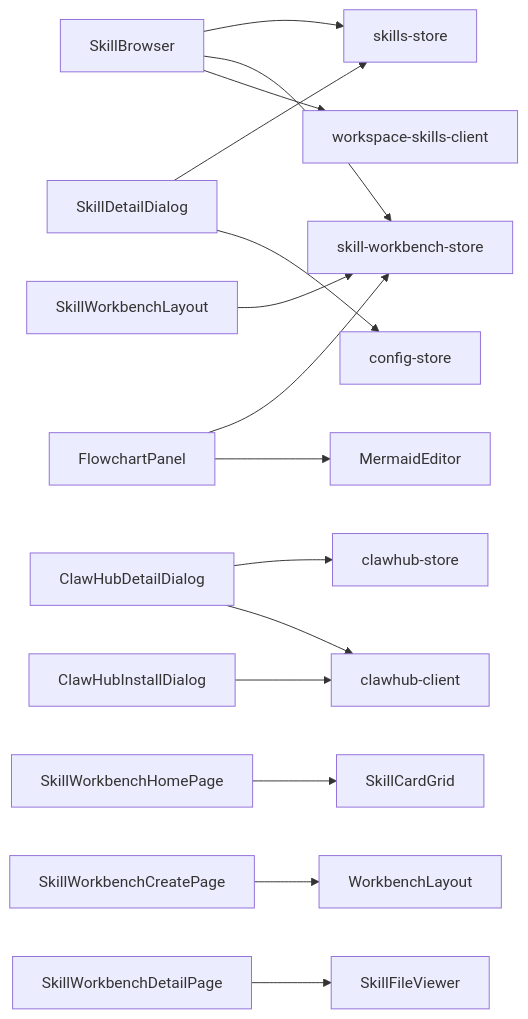
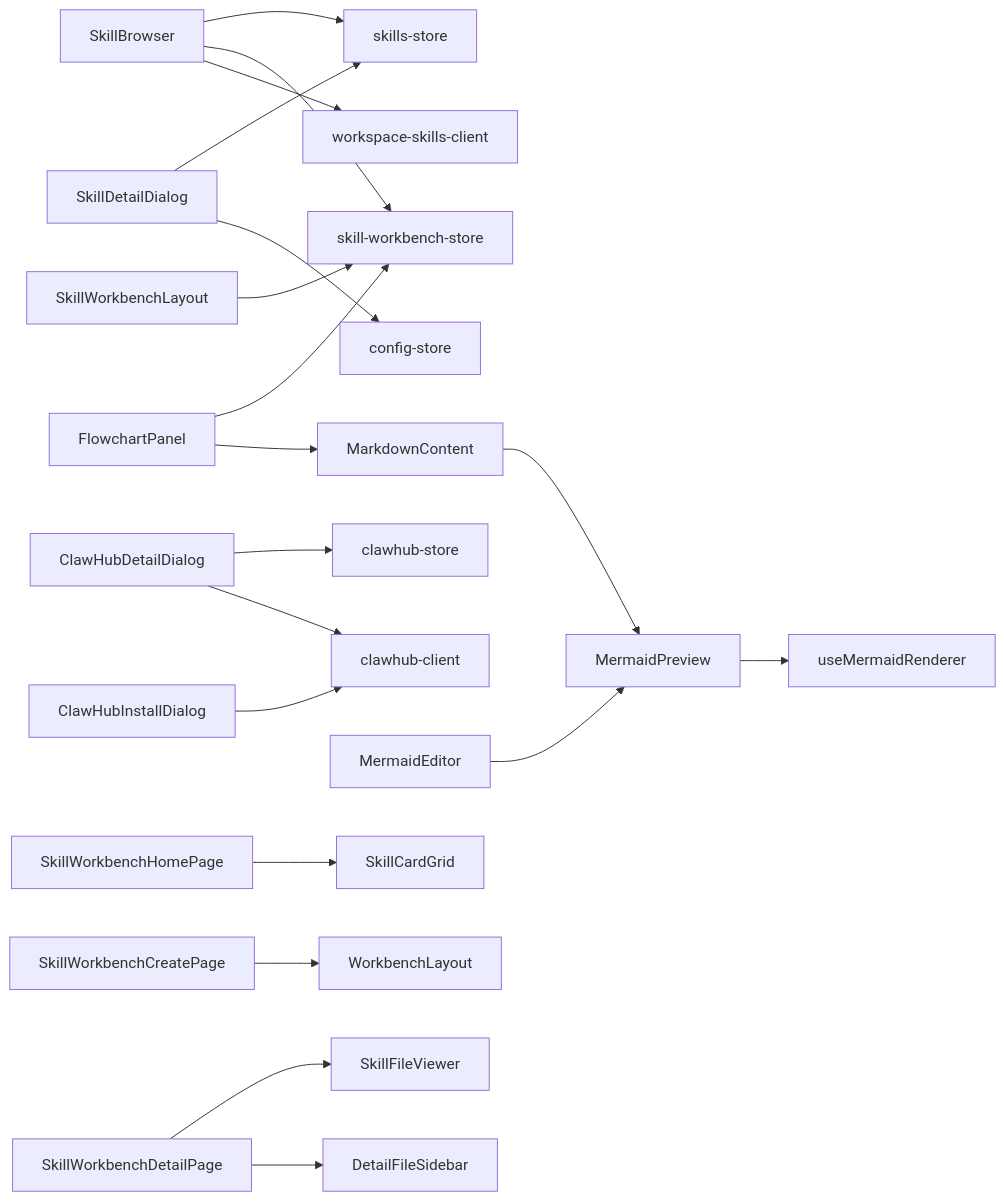
Before and after one commit to WW-AI-Lab/openclaw-office: the ninth of 9 diagrams in .qoder/repowiki/zh/content/控制台管理界面/技能管理.md, drawn with Mermaid. The commit also changed other lines of this file and 36 other files, not shown here.

````diff
--- a/.qoder/repowiki/zh/content/控制台管理界面/技能管理.md
+++ b/.qoder/repowiki/zh/content/控制台管理界面/技能管理.md
@@ -423,17 +563,21 @@
 ```mermaid
 graph LR
 SB["SkillBrowser"] --> SS["skills-store"]
 SB --> WS["skill-workbench-store"]
 SB --> WSC["workspace-skills-client"]
 SD["SkillDetailDialog"] --> SS
 SD --> CFG["config-store"]
 CHD["ClawHubDetailDialog"] --> CS["clawhub-store"]
 CHD --> CHC["clawhub-client"]
 CHI["ClawHubInstallDialog"] --> CHC
 FP["FlowchartPanel"] --> WS
-FP --> ME["MermaidEditor"]
+FP --> MC["MarkdownContent"]
+MC --> MP["MermaidPreview"]
+ME["MermaidEditor"] --> MP
+MP --> UMR["useMermaidRenderer"]
 SWL["SkillWorkbenchLayout"] --> WS
 SWHP["SkillWorkbenchHomePage"] --> SCG["SkillCardGrid"]
 SWCP["SkillWorkbenchCreatePage"] --> WBL["WorkbenchLayout"]
 SWDP["SkillWorkbenchDetailPage"] --> SFV["SkillFileViewer"]
+SWDP --> DFS["DetailFileSidebar"]
 ```
````
